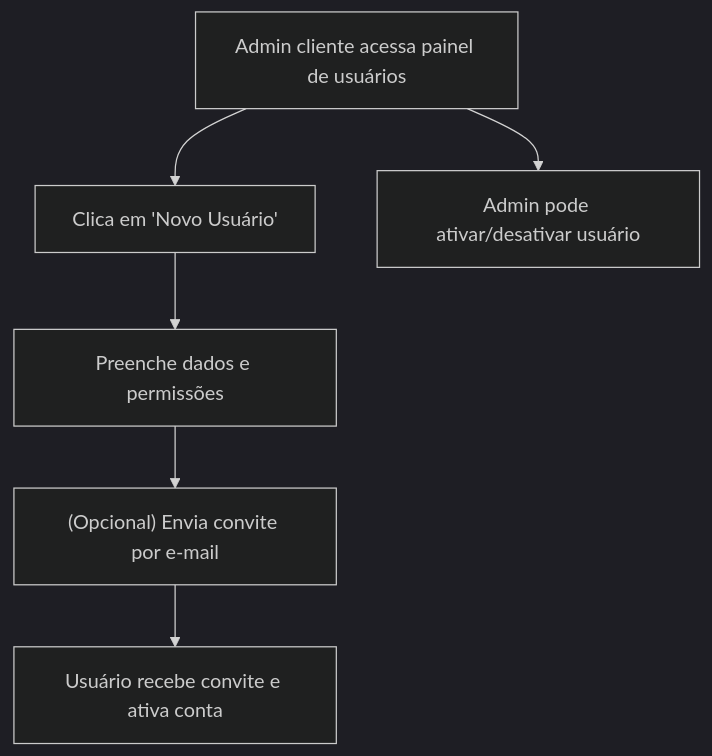
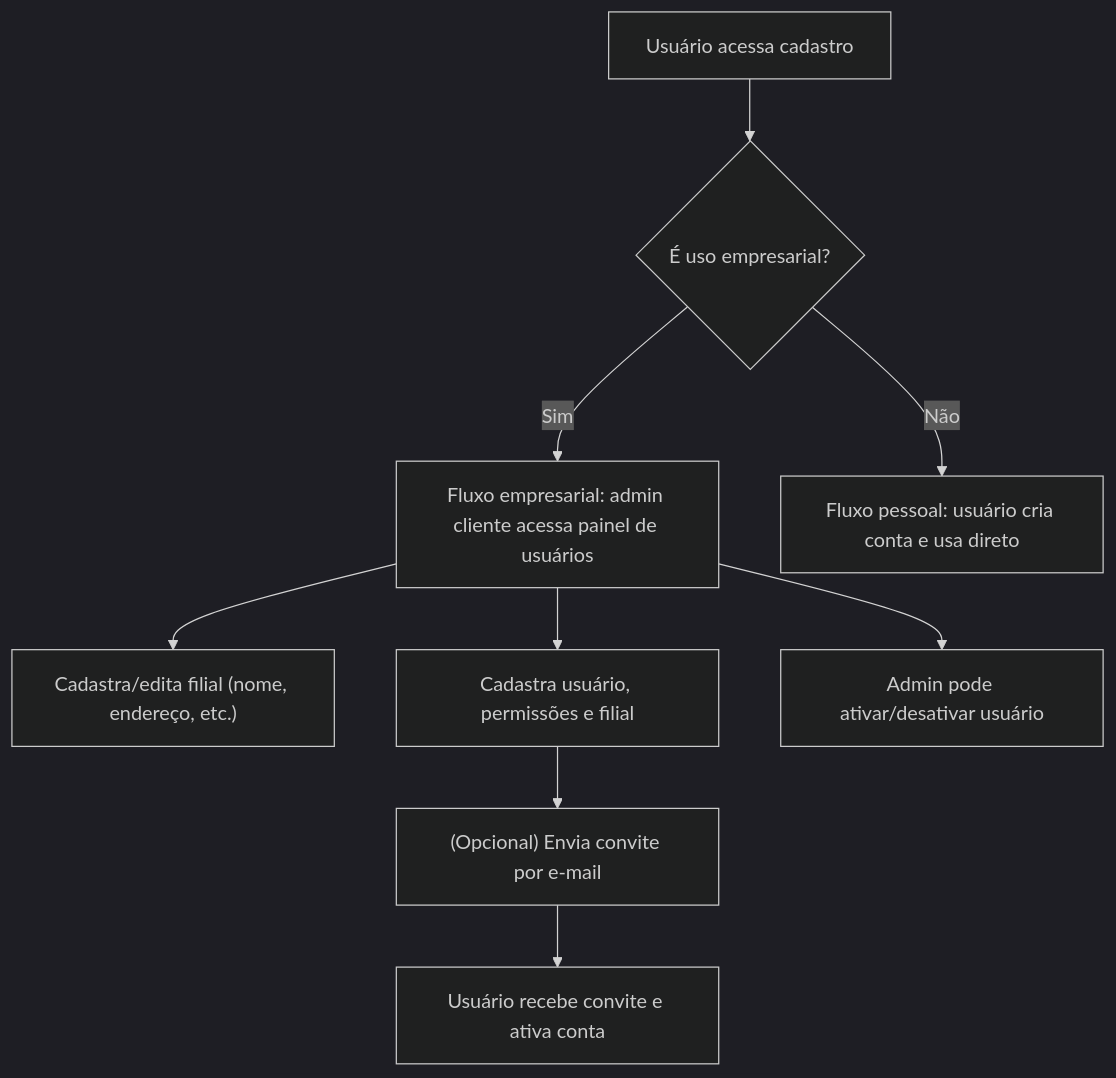
One commit to luizfilipeschaeffer/manager changed the diagram in memory-bank/flow-cadastro-usuario.mmd. Above: the diagram before and after it, drawn with Mermaid (dark theme). The commit also changed 3 other files, not shown here.

Commit message:
Atualiza fluxos de autenticação, cadastro de usuário, fornecedores e relatórios para incluir lógica de uso empresarial e ajustes nos dados do JWT. Melhora a estrutura dos fluxos com novos passos e validações.

```diff
--- a/memory-bank/flow-cadastro-usuario.mmd
+++ b/memory-bank/flow-cadastro-usuario.mmd
@@ -1,9 +1,16 @@
 flowchart TD
-    U1["Admin cliente acessa painel de usuários"]
-    U2["Clica em 'Novo Usuário'"]
-    U3["Preenche dados e permissões"]
-    U4["(Opcional) Envia convite por e-mail"]
-    U5["Usuário recebe convite e ativa conta"]
-    U6["Admin pode ativar/desativar usuário"]
-    U1 --> U2 --> U3 --> U4 --> U5
-    U1 --> U6 
+    S1["Usuário acessa cadastro"]
+    S2{"É uso empresarial?"}
+    S3["Fluxo empresarial: admin cliente acessa painel de usuários"]
+    S4["Fluxo pessoal: usuário cria conta e usa direto"]
+    S5["Cadastra/edita filial (nome, endereço, etc.)"]
+    S6["Cadastra usuário, permissões e filial"]
+    S7["(Opcional) Envia convite por e-mail"]
+    S8["Usuário recebe convite e ativa conta"]
+    S9["Admin pode ativar/desativar usuário"]
+    S3 --> S5
+    S3 --> S6 --> S7 --> S8
+    S3 --> S9
+    S1 --> S2
+    S2 -- Sim --> S3
+    S2 -- Não --> S4 
```
